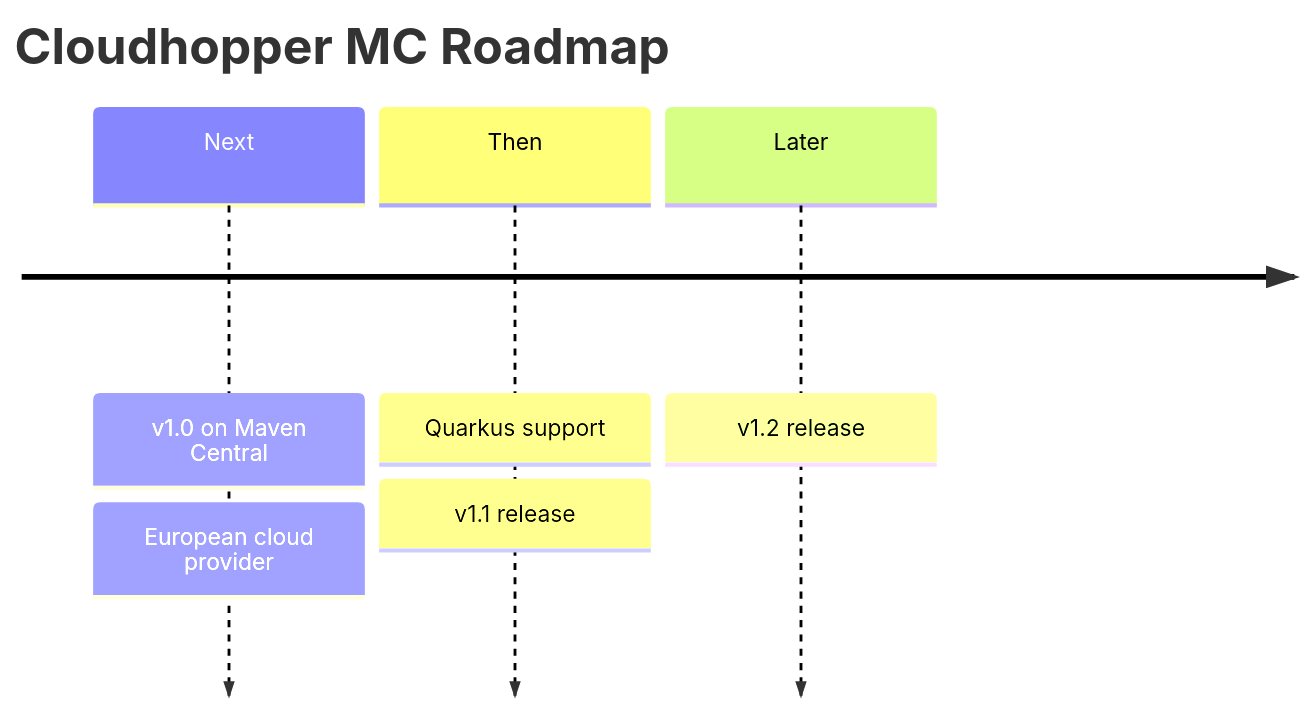
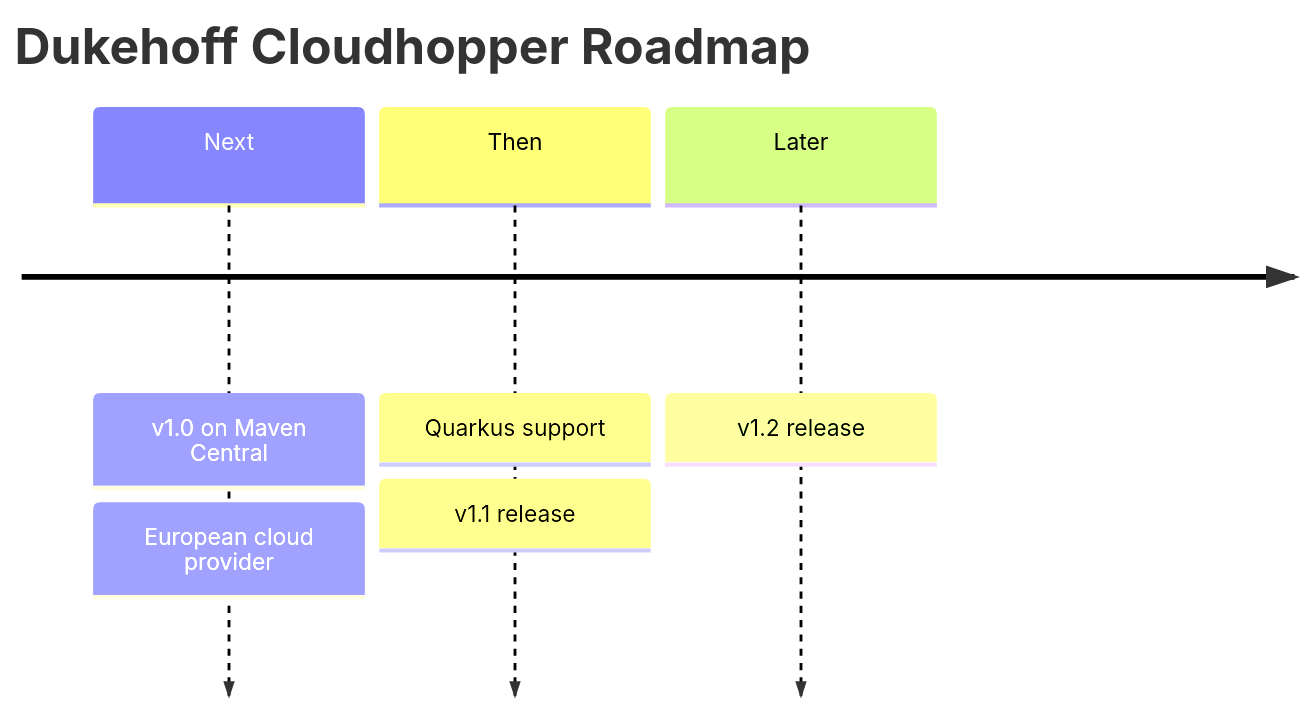
One commit to dukehoff-gmbh/dukehoff-cloudhopper changed the diagram in docs/docs/roadmap.mdx. Above: the diagram before and after it, drawn with Mermaid. The commit also changed 6 other files, not shown here.

First line of the commit message:
Website: call the product Dukehoff Cloudhopper

````diff
--- a/docs/docs/roadmap.mdx
+++ b/docs/docs/roadmap.mdx
@@ -11,9 +11,9 @@
 ```mermaid
 timeline
-  title Cloudhopper MC Roadmap
+  title Dukehoff Cloudhopper Roadmap
   Next : v1.0 on Maven Central
        : European cloud provider
   Then : Quarkus support
        : v1.1 release
   Later : v1.2 release
 ```
````
